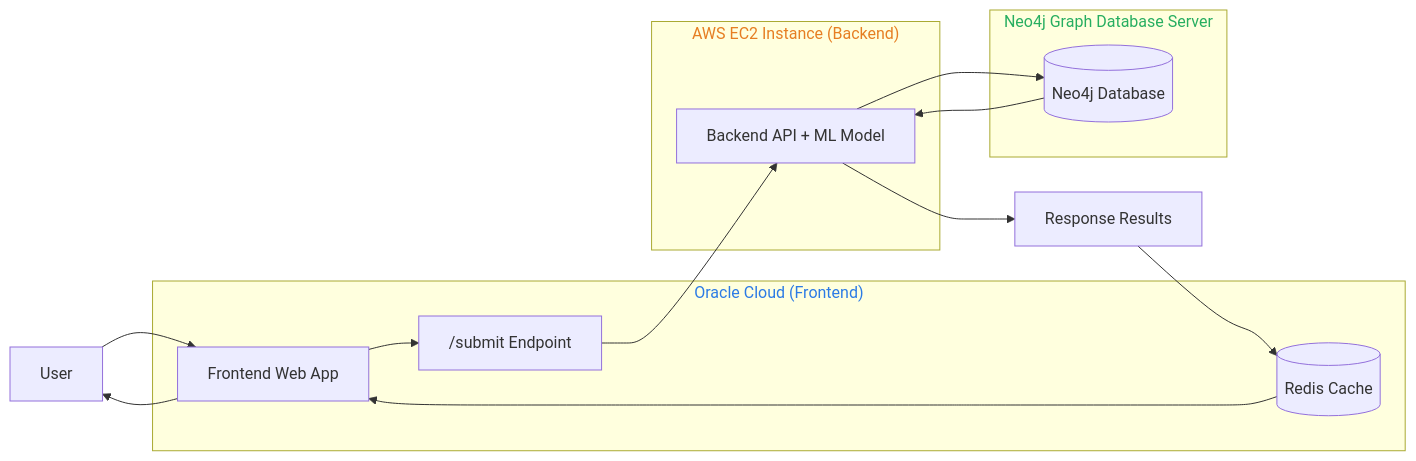
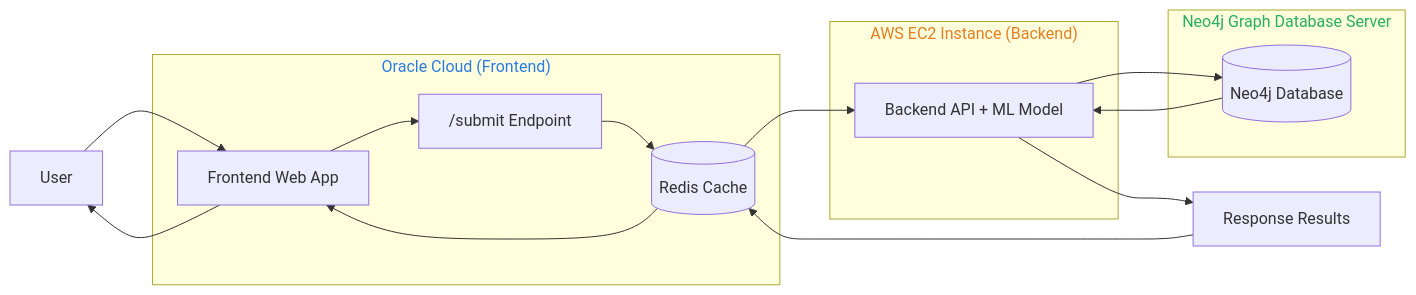
Before and after one commit to thesteau/bitguard: the second of 2 diagrams in README.md, drawn with Mermaid.

Commit message:
Fix flow correctly

````diff
--- a/README.md
+++ b/README.md
@@ -50,31 +50,32 @@
 ```mermaid
 flowchart LR
 
 U[User]
 
 subgraph Oracle["<span style='color:#2c7be5'>Oracle Cloud (Frontend)</span>"]
     FE[Frontend Web App]
     SUBMIT["/submit Endpoint"]
     CACHE[(Redis Cache)]
 end
 
 subgraph AWS["<span style='color:#e67e22'>AWS EC2 Instance (Backend)</span>"]
     API[Backend API + ML Model]
 end
 
 subgraph Graph["<span style='color:#27ae60'>Neo4j Graph Database Server</span>"]
     DB[(Neo4j Database)]
 end
 
 R[Response Results]
 
 U --> FE
 FE --> SUBMIT
-SUBMIT --> API
+SUBMIT --> CACHE
+CACHE --> API
 API --> DB
 DB --> API
 API --> R
 R --> CACHE
 CACHE --> FE
 FE --> U
 ```
````
